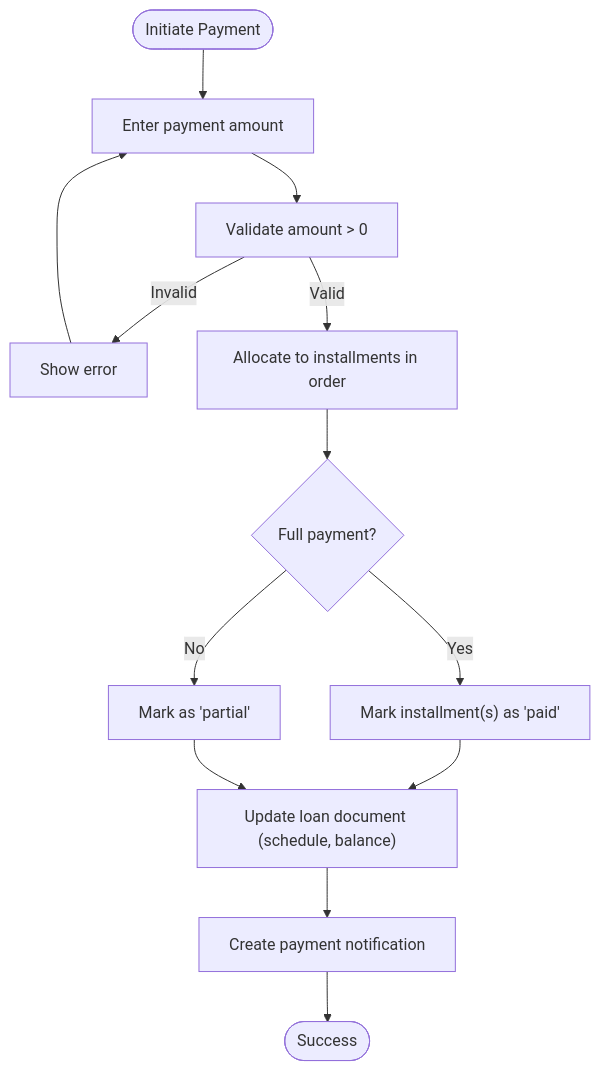
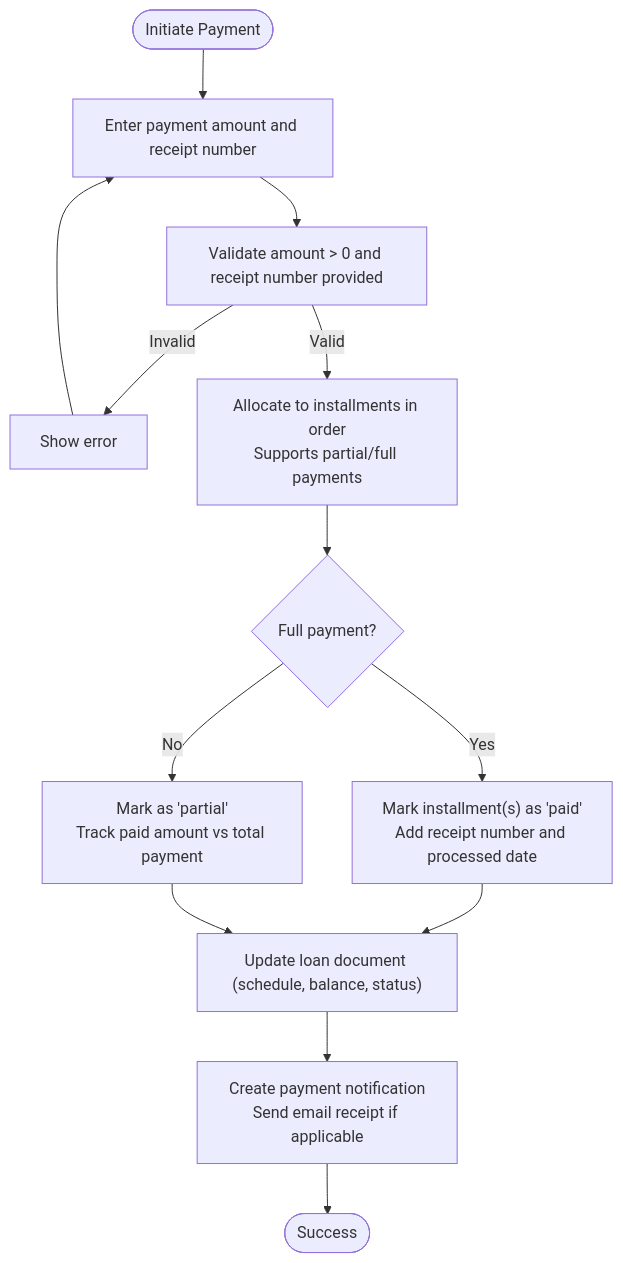
Before and after one commit to Unsure-bry/sampacoop_system: the sixth of 12 diagrams in .qoder/repowiki/en/content/API Endpoints Reference/Loan Management API.md, drawn with Mermaid. The commit also changed other lines of this file and 4 other files, not shown here.

````diff
--- a/.qoder/repowiki/en/content/API Endpoints Reference/Loan Management API.md
+++ b/.qoder/repowiki/en/content/API Endpoints Reference/Loan Management API.md
@@ -269,15 +295,15 @@
 ```mermaid
 flowchart TD
-PStart(["Initiate Payment"]) --> Enter["Enter payment amount"]
-Enter --> ValidateP["Validate amount > 0"]
+PStart(["Initiate Payment"]) --> Enter["Enter payment amount and receipt number"]
+Enter --> ValidateP["Validate amount > 0 and receipt number provided"]
 ValidateP --> |Invalid| PError["Show error"]
-ValidateP --> |Valid| Allocate["Allocate to installments in order"]
+ValidateP --> |Valid| Allocate["Allocate to installments in order<br/>Supports partial/full payments"]
 Allocate --> Full{"Full payment?"}
-Full --> |Yes| MarkFull["Mark installment(s) as 'paid'"]
-Full --> |No| MarkPartial["Mark as 'partial'"]
-MarkFull --> Update["Update loan document (schedule, balance)"]
+Full --> |Yes| MarkFull["Mark installment(s) as 'paid'<br/>Add receipt number and processed date"]
+Full --> |No| MarkPartial["Mark as 'partial'<br/>Track paid amount vs total payment"]
+MarkFull --> Update["Update loan document (schedule, balance, status)"]
 MarkPartial --> Update
-Update --> Notify["Create payment notification"]
+Update --> Notify["Create payment notification<br/>Send email receipt if applicable"]
 Notify --> Done(["Success"])
 PError --> Enter
 ```
````
